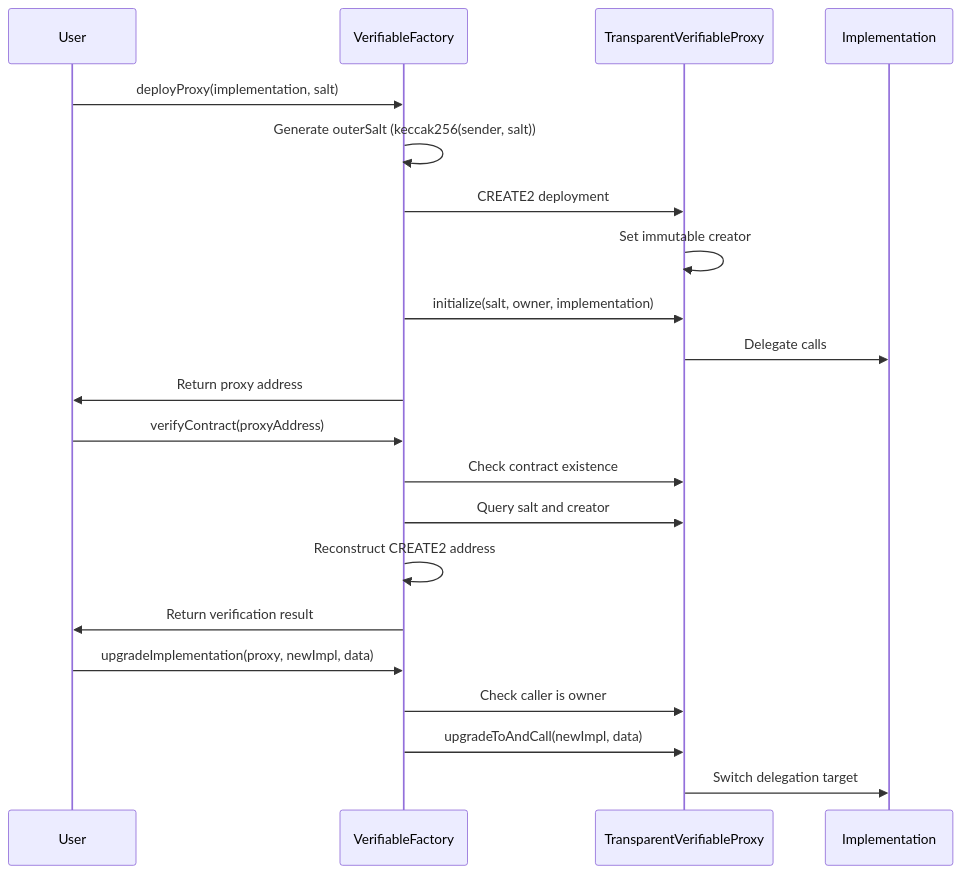
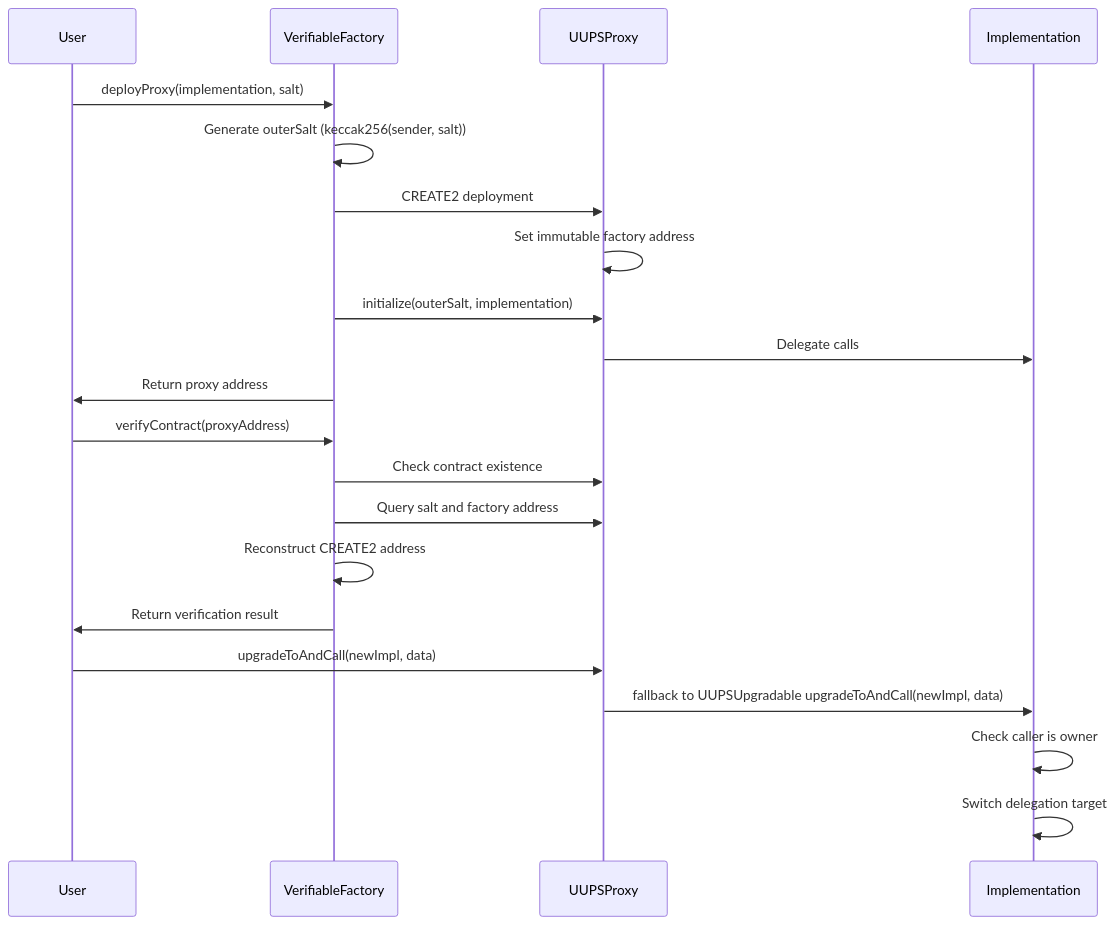
One commit to ensdomains/verifiable-factory changed the diagram in README.md. Above: the diagram before and after it, drawn with Mermaid. The commit also changed other lines of this file, not shown here.

````diff
--- a/README.md
+++ b/README.md
@@ -24,29 +23,29 @@
 ```mermaid
 sequenceDiagram
     participant User
     participant VerifiableFactory
-    participant TransparentVerifiableProxy
+    participant UUPSProxy
     participant Implementation
 
     %% Deployment Flow
     User->>VerifiableFactory: deployProxy(implementation, salt)
     VerifiableFactory->>VerifiableFactory: Generate outerSalt (keccak256(sender, salt))
-    VerifiableFactory->>TransparentVerifiableProxy: CREATE2 deployment
-    TransparentVerifiableProxy->>TransparentVerifiableProxy: Set immutable creator
-    VerifiableFactory->>TransparentVerifiableProxy: initialize(salt, owner, implementation)
-    TransparentVerifiableProxy->>Implementation: Delegate calls
+    VerifiableFactory->>UUPSProxy: CREATE2 deployment
+    UUPSProxy->>UUPSProxy: Set immutable factory address
+    VerifiableFactory->>UUPSProxy: initialize(outerSalt, implementation)
+    UUPSProxy->>Implementation: Delegate calls
     VerifiableFactory->>User: Return proxy address
 
     %% Verification Flow
     User->>VerifiableFactory: verifyContract(proxyAddress)
-    VerifiableFactory->>TransparentVerifiableProxy: Check contract existence
-    VerifiableFactory->>TransparentVerifiableProxy: Query salt and creator
+    VerifiableFactory->>UUPSProxy: Check contract existence
+    VerifiableFactory->>UUPSProxy: Query salt and factory address
     VerifiableFactory->>VerifiableFactory: Reconstruct CREATE2 address
     VerifiableFactory->>User: Return verification result
 
     %% Upgrade Flow
-    User->>VerifiableFactory: upgradeImplementation(proxy, newImpl, data)
-    VerifiableFactory->>TransparentVerifiableProxy: Check caller is owner
-    VerifiableFactory->>TransparentVerifiableProxy: upgradeToAndCall(newImpl, data)
-    TransparentVerifiableProxy->>Implementation: Switch delegation target
+    User->>UUPSProxy: upgradeToAndCall(newImpl, data)
+    UUPSProxy->>Implementation: fallback to UUPSUpgradable upgradeToAndCall(newImpl, data)
+    Implementation->>Implementation: Check caller is owner
+    Implementation->>Implementation: Switch delegation target
 ```
````
